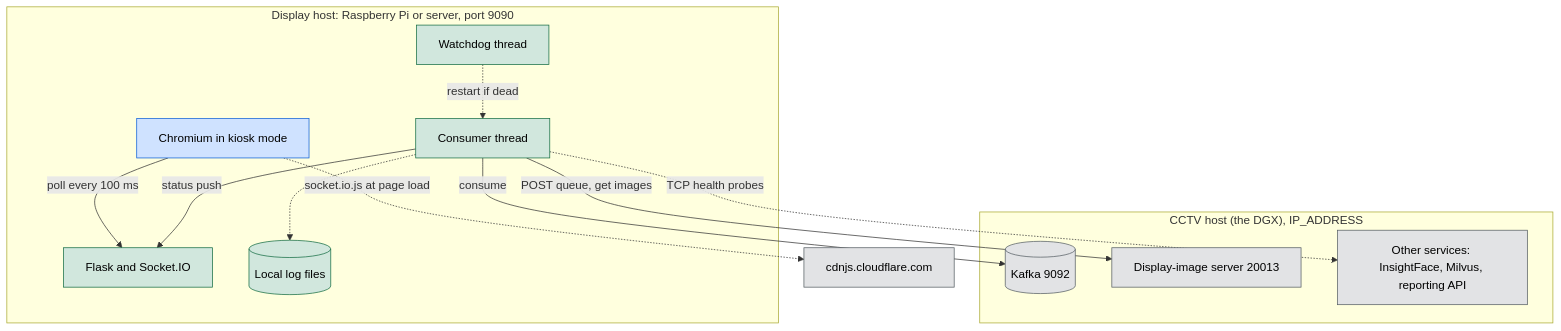
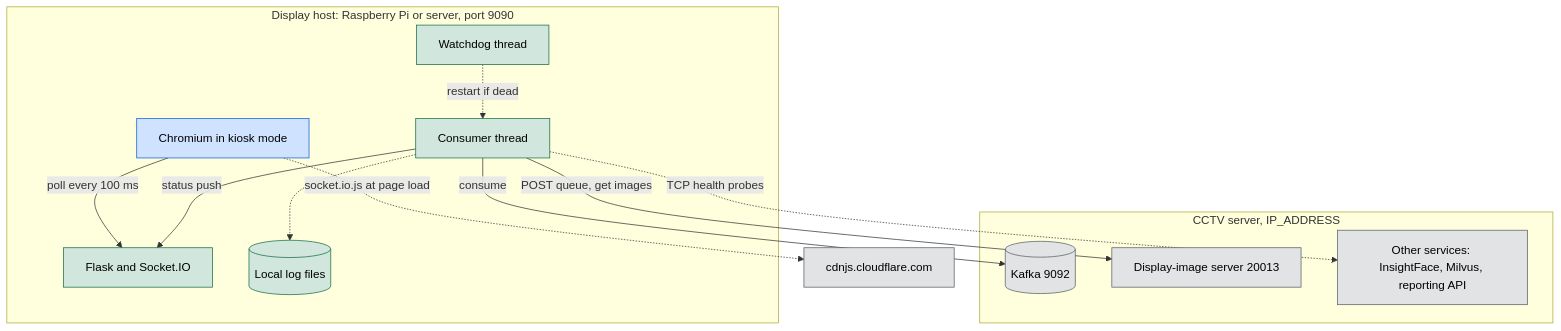
The first of 3 diagrams in docs/ARCHITECTURE.md (hamza-aziz-ai/Kafka-WebApp), drawn with Mermaid before and after one commit. The commit also changed 9 other files, not shown here.

Commit message:
refactor: rename DGX_IP_ADDRESS to SERVER_IP_ADDRESS

````diff
--- a/docs/ARCHITECTURE.md
+++ b/docs/ARCHITECTURE.md
@@ -37,29 +37,29 @@
 ```mermaid
 flowchart TD
     subgraph display["`Display host: Raspberry Pi or server, port 9090`"]
         K["`Chromium in kiosk mode`"]:::person
         W["`Flask and Socket.IO`"]:::code
         C["`Consumer thread`"]:::code
         D["`Watchdog thread`"]:::code
         L[("`Local log files`")]:::code
     end
-    subgraph dgx["`CCTV host (the DGX), IP_ADDRESS`"]
+    subgraph server["`CCTV server, IP_ADDRESS`"]
         Q[("`Kafka 9092`")]:::outside
         I["`Display-image server 20013`"]:::outside
         S["`Other services: InsightFace, Milvus, reporting API`"]:::outside
     end
     N["`cdnjs.cloudflare.com`"]:::outside
 
     K -->|"poll every 100 ms"| W
     K -.->|"socket.io.js at page load"| N
     C -->|"status push"| W
     C -->|"consume"| Q
     C -->|"POST queue, get images"| I
     C -.->|"TCP health probes"| S
     C -.-> L
     D -.->|"restart if dead"| C
 
     classDef person fill:#cfe2ff,stroke:#0b5ed7,color:#000
     classDef code fill:#d1e7dd,stroke:#146c43,color:#000
     classDef outside fill:#e2e3e5,stroke:#565e64,color:#000
 ```
````
